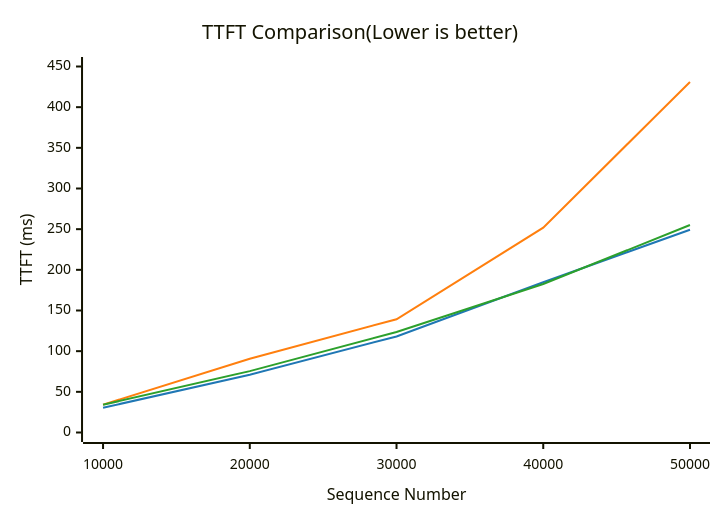
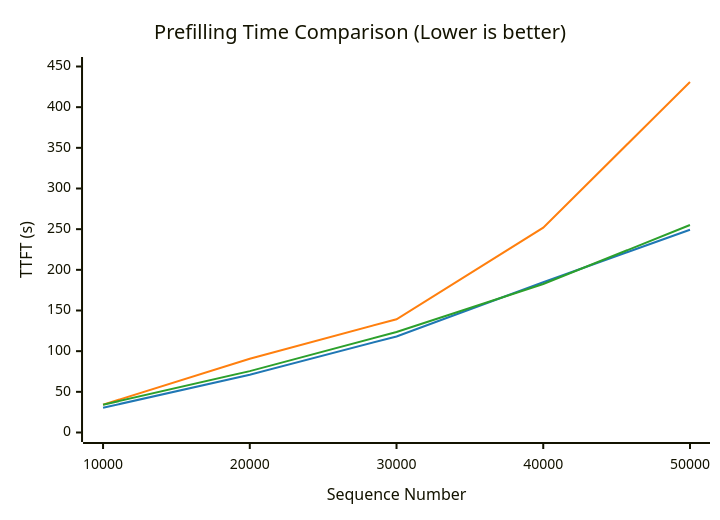
The first of 2 diagrams in benchmark.zh-CN.md (lucienhuangfu/eLLM), drawn with Mermaid before and after one commit. The commit also changed other lines of this file and 1 other file, not shown here.

````diff
--- a/benchmark.zh-CN.md
+++ b/benchmark.zh-CN.md
@@ -49,16 +45,16 @@
 ```mermaid
 ---
 config:
   themeVariables:
     xyChart:
       plotColorPalette: "#1f77b4, #ff7f0e, #2ca02c"
 ---
 xychart-beta
-    title "TTFT Comparison(Lower is better)"
+    title "Prefilling Time Comparison (Lower is better)"
     x-axis "Sequence Number" [10000, 20000, 30000, 40000, 50000]
-    y-axis "TTFT (ms)" 0 --> 450
+    y-axis "TTFT (s)" 0 --> 450
 
     line "eLLM" [30.438, 71.072, 118.110, 184.809, 249.337]
     line "Chunked CPU Baseline" [34.250, 90.689, 139.259, 251.849, 430.946]
     line "Unchunked CPU Baseline" [34.114, 75.433, 123.519, 182.629, 255.085]
 ```
````
